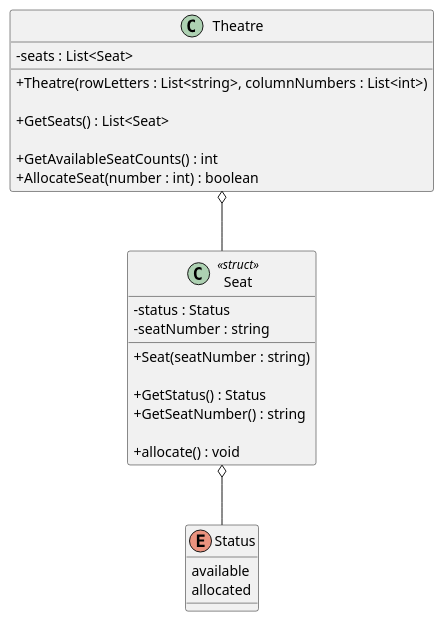
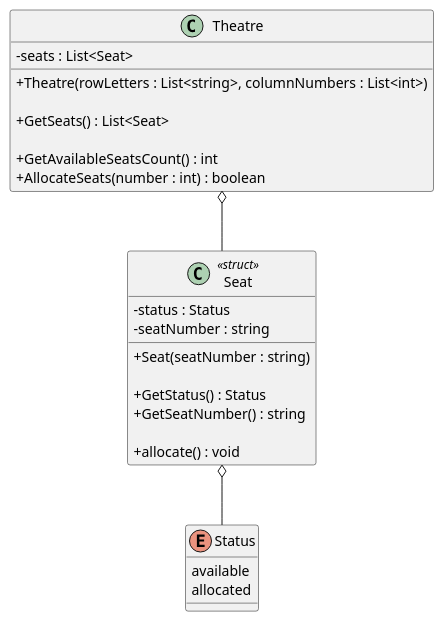
The diagram in diagrams/cinnamonCinemas.puml (iamfranco/CinnamonCinemasChallenge), drawn with PlantUML before and after one commit. The commit also changed 1 other file, not shown here.

Commit message:
UML: rename methods for correct plural placement

```diff
--- a/diagrams/cinnamonCinemas.puml
+++ b/diagrams/cinnamonCinemas.puml
@@ -1,35 +1,35 @@
 @startuml "cinnamon cinemas"
 skinparam ClassAttributeIconSize 0
 
 class Theatre {
     - seats : List<Seat>
 
     + Theatre(rowLetters : List<string>, columnNumbers : List<int>)
 
     + GetSeats() : List<Seat>
 
-    + GetAvailableSeatCounts() : int
-    + AllocateSeat(number : int) : boolean
+    + GetAvailableSeatsCount() : int
+    + AllocateSeats(number : int) : boolean
 }
 
 class Seat <<struct>> {
     - status : Status
     - seatNumber : string
 
     + Seat(seatNumber : string)
 
     + GetStatus() : Status
     + GetSeatNumber() : string
 
     + allocate() : void
 }
 
 Enum Status {
     available
     allocated
 }
 
 Theatre o-- Seat
 Seat o-- Status
 
 @enduml
```
